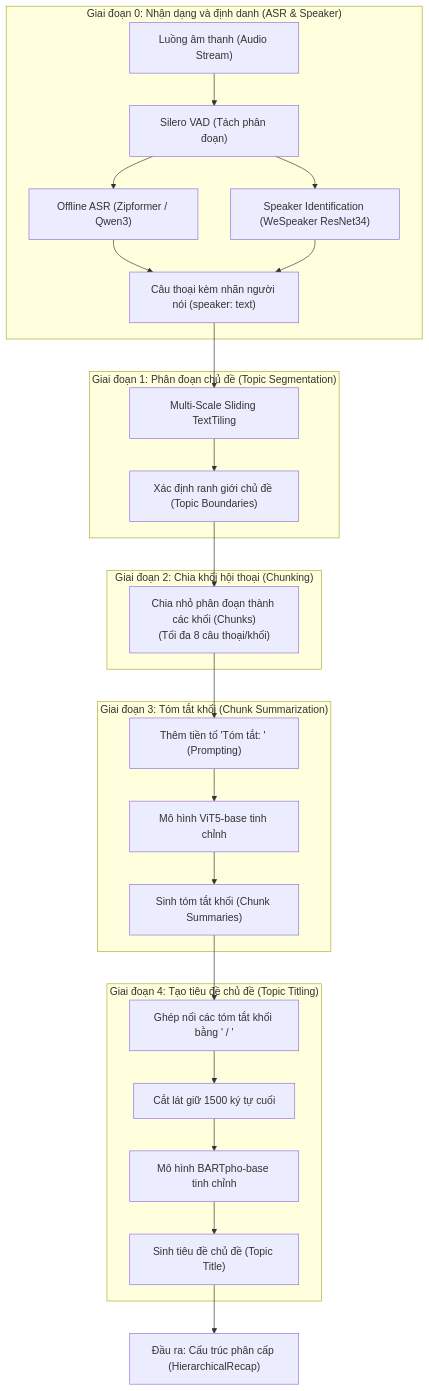
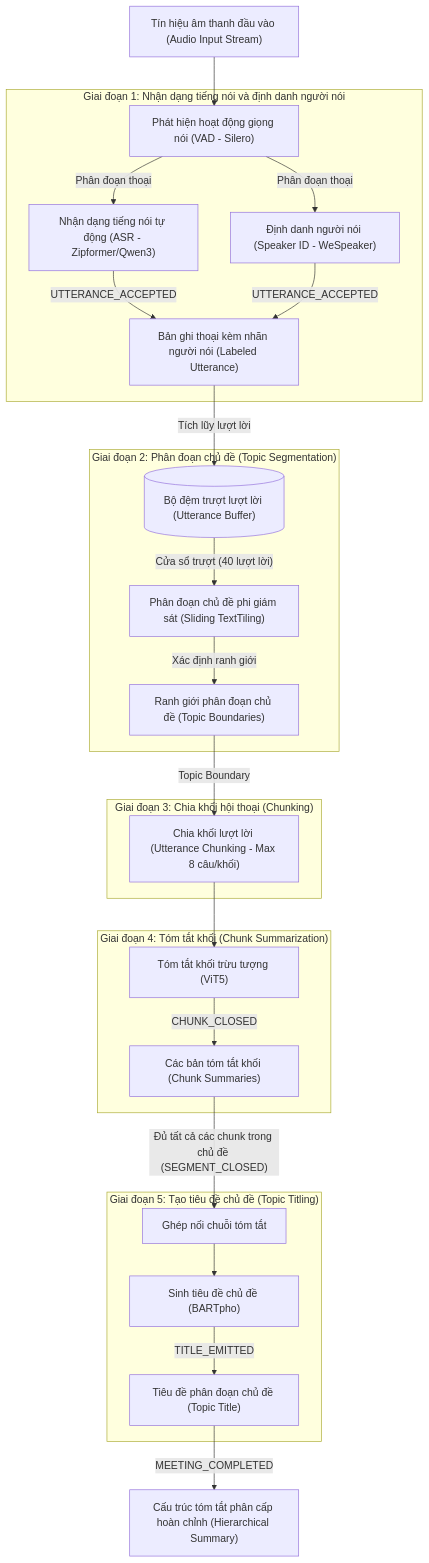
Before and after one commit to quangkmhd/AIP491_G5_SU26_hierarchical-highlights-summarizer: the first of 2 diagrams in report_compilation/Khoa_luan_Streaming_Meeting_Summary_hoan_chinh.md, drawn with Mermaid. The commit also changed other lines of this file, not shown here.

Commit message:
docs: update meeting summary report with finalized thesis content

````diff
--- a/report_compilation/Khoa_luan_Streaming_Meeting_Summary_hoan_chinh.md
+++ b/report_compilation/Khoa_luan_Streaming_Meeting_Summary_hoan_chinh.md
@@ -78,34 +79,36 @@
 ```mermaid
 graph TD
-    subgraph Stage0["Giai đoạn 0: Nhận dạng và định danh (ASR & Speaker)"]
-        Audio["Luồng âm thanh (Audio Stream)"] --> VAD["Silero VAD (Tách phân đoạn)"]
-        VAD --> ASR["Offline ASR (Zipformer / Qwen3)"]
-        VAD --> Speaker["Speaker Identification (WeSpeaker ResNet34)"]
-        ASR --> Utterance["Câu thoại kèm nhãn người nói (speaker: text)"]
-        Speaker --> Utterance
+    %% Input Stream
+    Audio["Tín hiệu âm thanh đầu vào (Audio Input Stream)"] --> VAD["Phát hiện hoạt động giọng nói (VAD - Silero)"]
+
+    subgraph Stage1["Giai đoạn 1: Nhận dạng tiếng nói và định danh người nói"]
+        VAD -->|"Phân đoạn thoại"| ASR["Nhận dạng tiếng nói tự động (ASR - Zipformer/Qwen3)"]
+        VAD -->|"Phân đoạn thoại"| Speaker["Định danh người nói (Speaker ID - WeSpeaker)"]
+        ASR -->|UTTERANCE_ACCEPTED| Utterance["Bản ghi thoại kèm nhãn người nói (Labeled Utterance)"]
+        Speaker -->|UTTERANCE_ACCEPTED| Utterance
     end
 
-    subgraph Stage1["Giai đoạn 1: Phân đoạn chủ đề (Topic Segmentation)"]
-        Utterance --> B["Multi-Scale Sliding TextTiling"]
-        B --> C["Xác định ranh giới chủ đề (Topic Boundaries)"]
+    Utterance -->|"Tích lũy lượt lời"| Buffer[("Bộ đệm trượt lượt lời (Utterance Buffer)")]
+
+    subgraph Stage2["Giai đoạn 2: Phân đoạn chủ đề (Topic Segmentation)"]
+        Buffer -->|"Cửa sổ trượt (40 lượt lời)"| Tiler["Phân đoạn chủ đề phi giám sát (Sliding TextTiling)"]
+        Tiler -->|"Xác định ranh giới"| Boundaries["Ranh giới phân đoạn chủ đề (Topic Boundaries)"]
     end
 
-    subgraph Stage2["Giai đoạn 2: Chia khối hội thoại (Chunking)"]
-        C --> D["Chia nhỏ phân đoạn thành các khối (Chunks)<br>(Tối đa 8 câu thoại/khối)"]
+    subgraph Stage3["Giai đoạn 3: Chia khối hội thoại (Chunking)"]
+        Boundaries -->|"Topic Boundary"| Chunking["Chia khối lượt lời (Utterance Chunking - Max 8 câu/khối)"]
     end
 
-    subgraph Stage3["Giai đoạn 3: Tóm tắt khối (Chunk Summarization)"]
-        D --> E["Thêm tiền tố 'Tóm tắt: ' (Prompting)"]
-        E --> F["Mô hình ViT5-base tinh chỉnh"]
-        F --> G["Sinh tóm tắt khối (Chunk Summaries)"]
+    subgraph Stage4["Giai đoạn 4: Tóm tắt khối (Chunk Summarization)"]
+        Chunking --> ViT5["Tóm tắt khối trừu tượng (ViT5)"]
+        ViT5 -->|CHUNK_CLOSED| Summaries["Các bản tóm tắt khối (Chunk Summaries)"]
     end
 
-    subgraph Stage4["Giai đoạn 4: Tạo tiêu đề chủ đề (Topic Titling)"]
-        G --> H["Ghép nối các tóm tắt khối bằng ' / '"]
-        H --> I["Cắt lát giữ 1500 ký tự cuối"]
-        I --> J["Mô hình BARTpho-base tinh chỉnh"]
-        J --> K["Sinh tiêu đề chủ đề (Topic Title)"]
+    subgraph Stage5["Giai đoạn 5: Tạo tiêu đề chủ đề (Topic Titling)"]
+        Summaries -->|"Đủ tất cả các chunk trong chủ đề (SEGMENT_CLOSED)"| Concat["Ghép nối chuỗi tóm tắt"]
+        Concat --> BARTpho["Sinh tiêu đề chủ đề (BARTpho)"]
+        BARTpho -->|TITLE_EMITTED| Title["Tiêu đề phân đoạn chủ đề (Topic Title)"]
     end
 
-    K --> L["Đầu ra: Cấu trúc phân cấp (HierarchicalRecap)"]
+    Title -->|MEETING_COMPLETED| Output["Cấu trúc tóm tắt phân cấp hoàn chỉnh (Hierarchical Summary)"]
 ```
````
